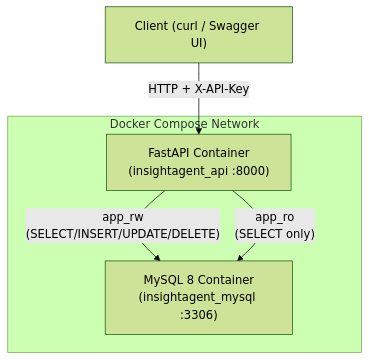
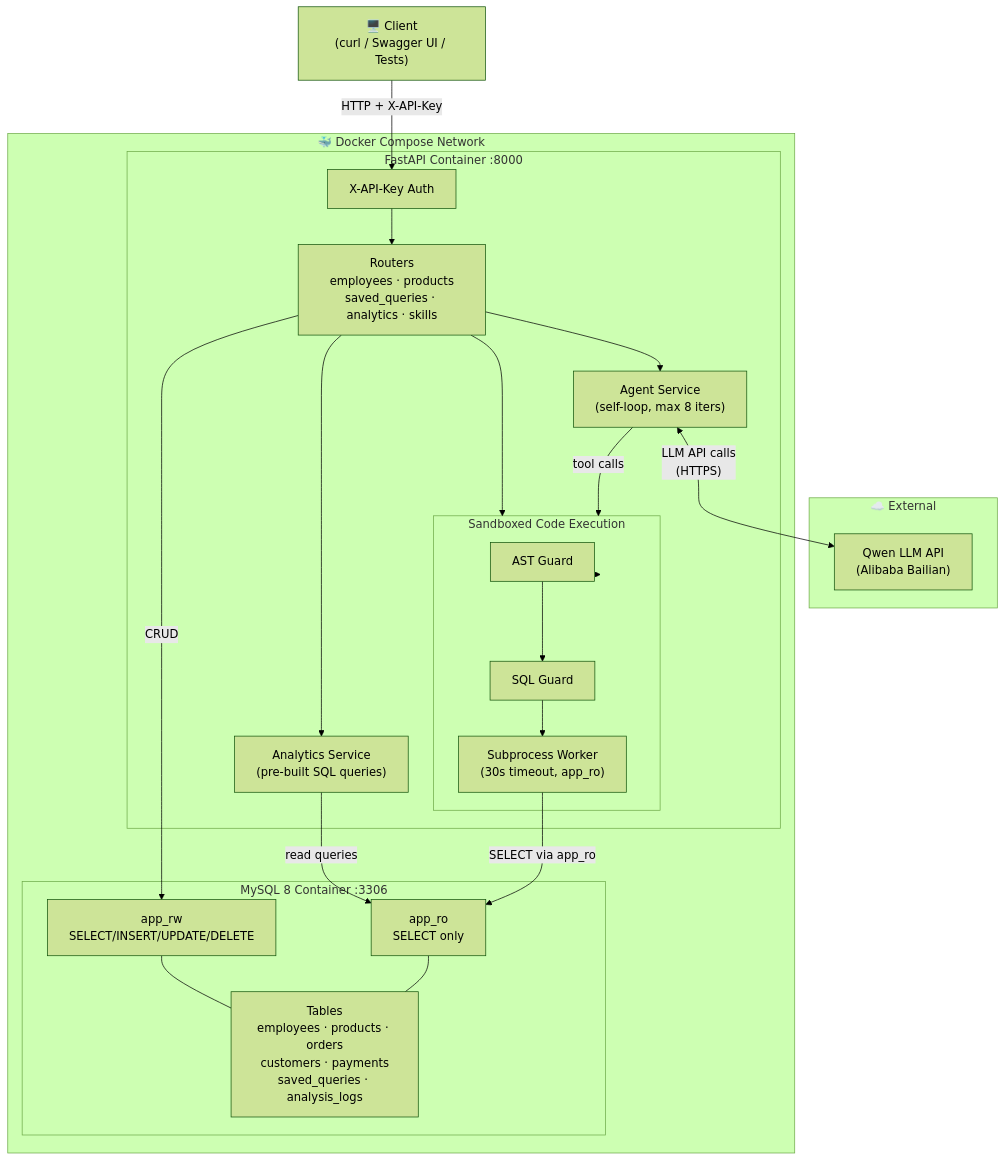
One commit to berwinye/InsightAgent changed the first of 4 diagrams in docs/Technical_Report.md. Above: the diagram before and after it, drawn with Mermaid (forest theme). The commit also changed other lines of this file, not shown here.

Commit message:
docs: add full system architecture Mermaid diagram with FastAPI internals, MySQL, and Qwen API

````diff
--- a/docs/Technical_Report.md
+++ b/docs/Technical_Report.md
@@ -63,11 +63,43 @@
 ```mermaid
 graph TB
-    Client["Client (curl / Swagger UI)"]
-    subgraph Docker["Docker Compose Network"]
-        API["FastAPI Container\n(insightagent_api :8000)"]
-        DB["MySQL 8 Container\n(insightagent_mysql :3306)"]
+    Client["🖥️ Client\n(curl / Swagger UI / Tests)"]
+
+    subgraph Cloud["☁️ External"]
+        Qwen["Qwen LLM API\n(Alibaba Bailian)"]
     end
-    Client -->|"HTTP + X-API-Key"| API
-    API -->|"app_rw\n(SELECT/INSERT/UPDATE/DELETE)"| DB
-    API -->|"app_ro\n(SELECT only)"| DB
+
+    subgraph Docker["🐳 Docker Compose Network"]
+
+        subgraph API["FastAPI Container  :8000"]
+            Auth["X-API-Key Auth"]
+            Routes["Routers\nemployees · products\nsaved_queries · analytics · skills"]
+            AgentSvc["Agent Service\n(self-loop, max 8 iters)"]
+            AnalyticsSvc["Analytics Service\n(pre-built SQL queries)"]
+            subgraph Sandbox["Sandboxed Code Execution"]
+                ASTGuard["AST Guard"]
+                SQLGuard["SQL Guard"]
+                Worker["Subprocess Worker\n(30s timeout, app_ro)"]
+            end
+        end
+
+        subgraph DB["MySQL 8 Container  :3306"]
+            RW["app_rw\nSELECT/INSERT/UPDATE/DELETE"]
+            RO["app_ro\nSELECT only"]
+            Tables["Tables\nemployees · products · orders\ncustomers · payments\nsaved_queries · analysis_logs"]
+        end
+    end
+
+    Client -->|"HTTP + X-API-Key"| Auth
+    Auth --> Routes
+    Routes --> AgentSvc
+    Routes --> AnalyticsSvc
+    Routes --> Sandbox
+    AgentSvc -->|"tool calls"| Sandbox
+    AgentSvc <-->|"LLM API calls\n(HTTPS)"| Qwen
+    AnalyticsSvc -->|"read queries"| RO
+    Sandbox --> ASTGuard --> SQLGuard --> Worker
+    Worker -->|"SELECT via app_ro"| RO
+    Routes -->|"CRUD"| RW
+    RW --- Tables
+    RO --- Tables
 ```
````
